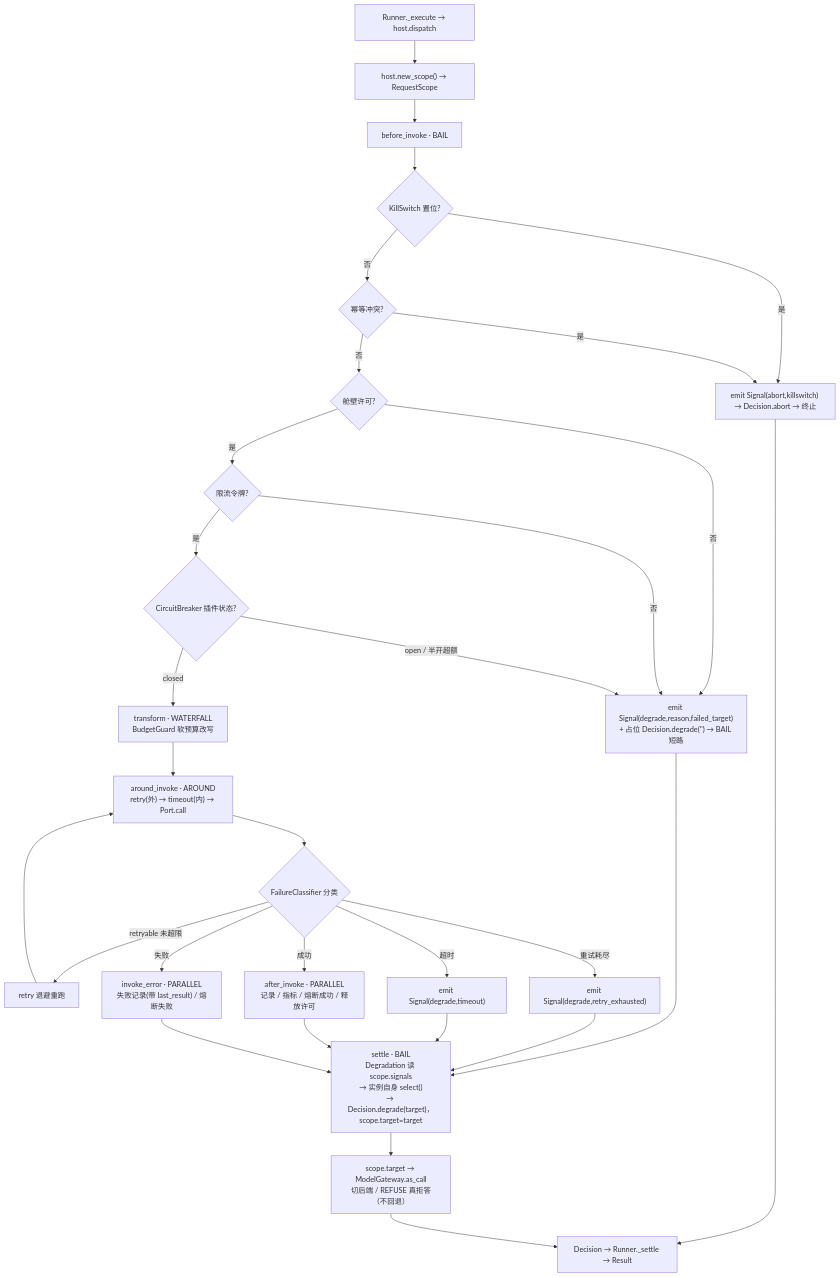
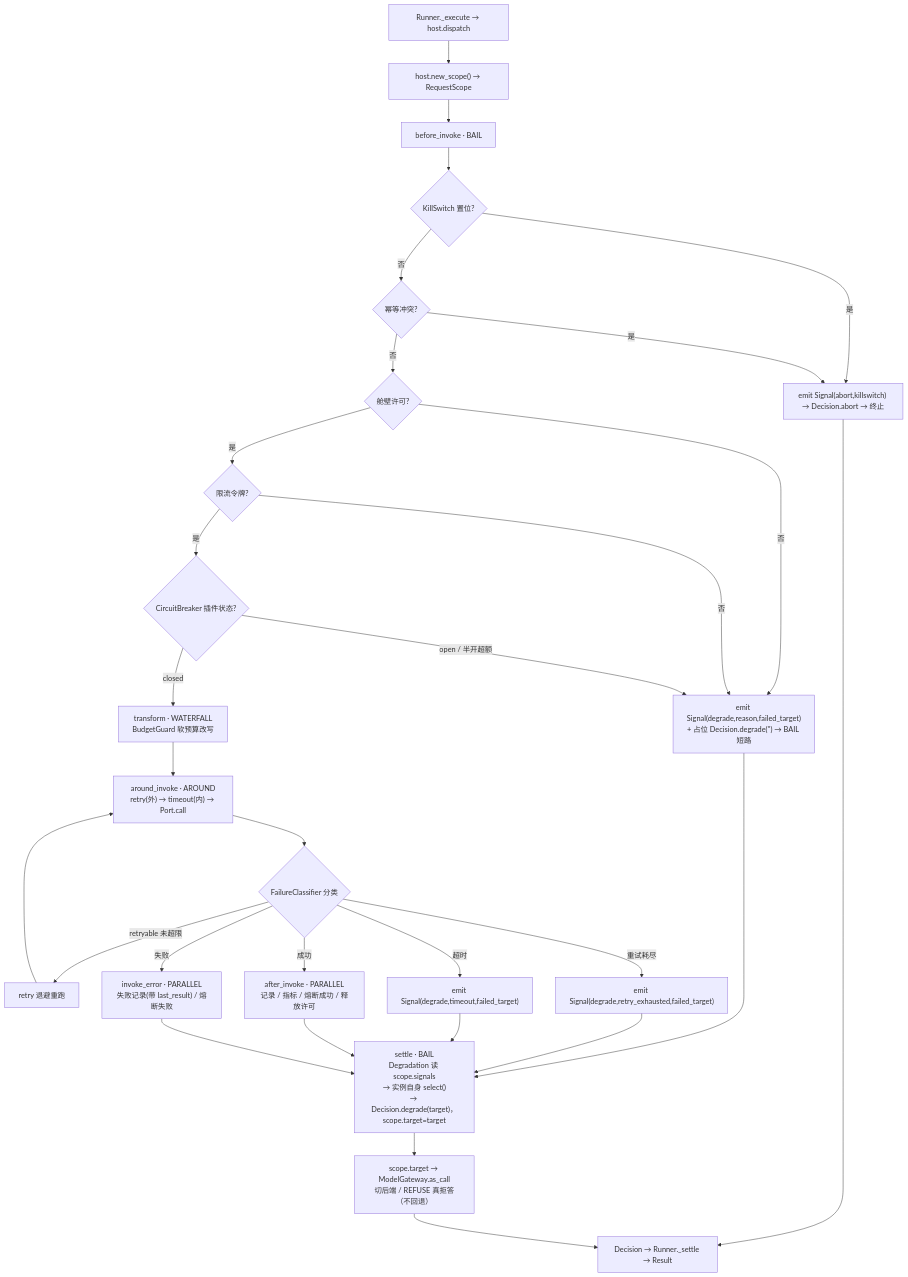
The diagram in docs/02-模块详设/Agent/R3-可靠性.md (sao-lang/lll), drawn with Mermaid before and after one commit. The commit also changed other lines of this file and 4 other files, not shown here.

````diff
--- a/docs/02-模块详设/Agent/R3-可靠性.md
+++ b/docs/02-模块详设/Agent/R3-可靠性.md
@@ -86,32 +86,32 @@
 ```mermaid
 flowchart TD
     START["Runner._execute → host.dispatch"] --> SCOPE["host.new_scope() → RequestScope"]
     SCOPE --> BI["before_invoke · BAIL"]
     BI --> KS{"KillSwitch 置位?"}
     KS -->|是| ABORT["emit Signal(abort,killswitch) → Decision.abort → 终止"]
     KS -->|否| IDEM{"幂等冲突?"}
     IDEM -->|是| ABORT
     IDEM -->|否| BH{"舱壁许可?"}
     BH -->|否| SIGD["emit Signal(degrade,reason,failed_target)<br/>+ 占位 Decision.degrade('') → BAIL 短路"]
     BH -->|是| RL{"限流令牌?"}
     RL -->|否| SIGD
     RL -->|是| CB{"CircuitBreaker 插件状态?"}
     CB -->|open / 半开超额| SIGD
     CB -->|closed| TR["transform · WATERFALL<br/>BudgetGuard 软预算改写"]
     TR --> AR["around_invoke · AROUND<br/>retry(外) → timeout(内) → Port.call"]
     AR --> FC{"FailureClassifier 分类"}
     FC -->|retryable 未超限| RT["retry 退避重跑"]
     RT --> AR
-    FC -->|重试耗尽| SDE["emit Signal(degrade,retry_exhausted)"]
-    FC -->|超时| SDT["emit Signal(degrade,timeout)"]
+    FC -->|重试耗尽| SDE["emit Signal(degrade,retry_exhausted,failed_target)"]
+    FC -->|超时| SDT["emit Signal(degrade,timeout,failed_target)"]
     FC -->|成功| OBS["after_invoke · PARALLEL<br/>记录 / 指标 / 熔断成功 / 释放许可"]
     FC -->|失败| OBE["invoke_error · PARALLEL<br/>失败记录(带 last_result) / 熔断失败"]
     SIGD --> SETTLE
     SDE --> SETTLE
     SDT --> SETTLE
     OBS --> SETTLE
     OBE --> SETTLE
     ABORT --> RESULT
     SETTLE["settle · BAIL<br/>Degradation 读 scope.signals<br/>→ 实例自身 select()<br/>→ Decision.degrade(target)，scope.target=target"] --> GW["scope.target → ModelGateway.as_call<br/>切后端 / REFUSE 真拒答（不回退）"]
     GW --> RESULT["Decision → Runner._settle → Result"]
 ```
````
